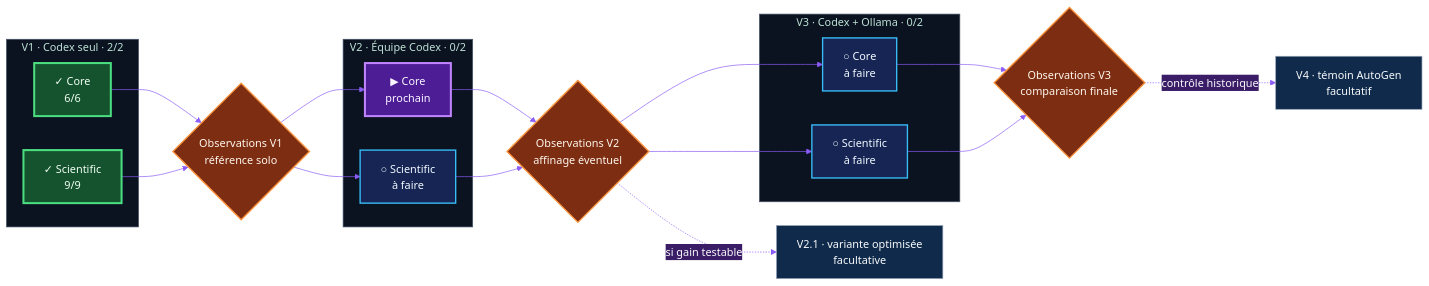
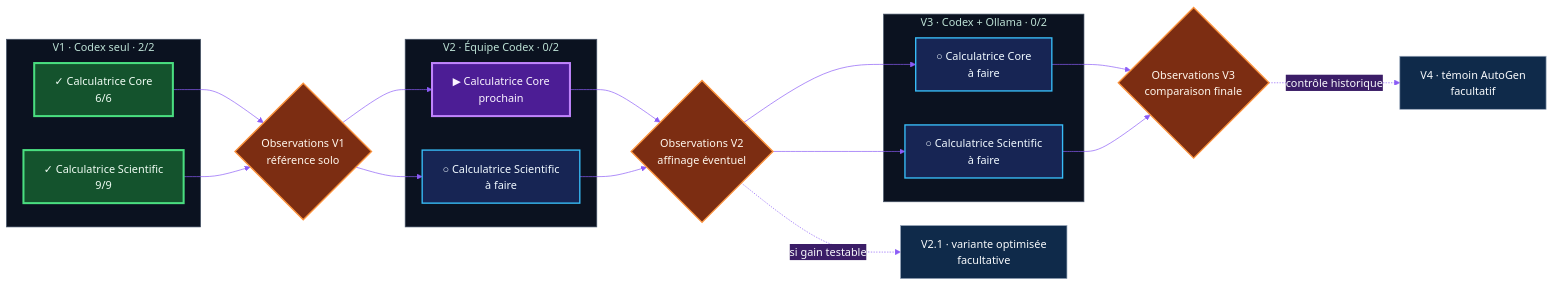
Before and after one commit to ERICRAC/AgentBench-2026: the diagram in README.md, drawn with Mermaid. The commit also changed other lines of this file and 40 other files, not shown here.

````diff
--- a/README.md
+++ b/README.md
@@ -35,50 +35,50 @@
 ```mermaid
 %%{init: {"theme": "base", "themeVariables": {
   "primaryColor": "#0f2a4a",
   "primaryTextColor": "#f8fafc",
   "primaryBorderColor": "#22d3ee",
   "secondaryColor": "#3b1d67",
   "tertiaryColor": "#431f2b",
   "fontFamily": "system-ui",
   "lineColor": "#8b5cf6",
   "clusterBkg": "#0b1220",
   "clusterBorder": "#475569"
 }}}%%
 flowchart LR
     subgraph V1["V1 · Codex seul · 2/2"]
-      V1C["✓ Core<br/>6/6"]
-      V1S["✓ Scientific<br/>9/9"]
+      V1C["✓ Calculatrice Core<br/>6/6"]
+      V1S["✓ Calculatrice Scientific<br/>9/9"]
     end
     G1{"Observations V1<br/>référence solo"}
     subgraph V2["V2 · Équipe Codex · 0/2"]
-      V2C["▶ Core<br/>prochain"]
-      V2S["○ Scientific<br/>à faire"]
+      V2C["▶ Calculatrice Core<br/>prochain"]
+      V2S["○ Calculatrice Scientific<br/>à faire"]
     end
     G2{"Observations V2<br/>affinage éventuel"}
     V21["V2.1 · variante optimisée<br/>facultative"]
     subgraph V3["V3 · Codex + Ollama · 0/2"]
-      V3C["○ Core<br/>à faire"]
-      V3S["○ Scientific<br/>à faire"]
+      V3C["○ Calculatrice Core<br/>à faire"]
+      V3S["○ Calculatrice Scientific<br/>à faire"]
     end
     G3{"Observations V3<br/>comparaison finale"}
     V4["V4 · témoin AutoGen<br/>facultatif"]
 
     V1C & V1S --> G1
     G1 --> V2C & V2S
     V2C & V2S --> G2
     G2 -. "si gain testable" .-> V21
     G2 --> V3C & V3S
     V3C & V3S --> G3
     G3 -. "contrôle historique" .-> V4
 
     classDef done fill:#14532d,stroke:#4ade80,color:#f0fdf4,stroke-width:3px;
     classDef next fill:#4c1d95,stroke:#c084fc,color:#faf5ff,stroke-width:3px;
     classDef todo fill:#172554,stroke:#38bdf8,color:#f0f9ff,stroke-width:2px;
     classDef gate fill:#7c2d12,stroke:#fb923c,color:#fff7ed,stroke-width:2px;
     classDef optional fill:#0f2a4a,stroke:#94a3b8,color:#f8fafc;
     class V1C,V1S done;
     class V2C next;
     class V2S,V3C,V3S todo;
     class G1,G2,G3 gate;
     class V21,V4 optional;
 ```
````
